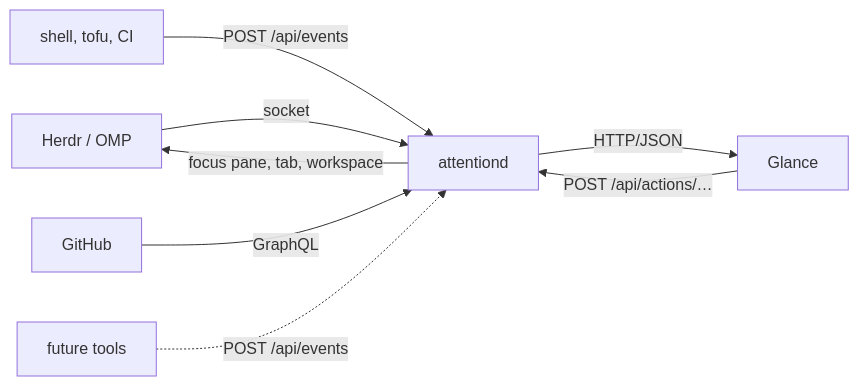
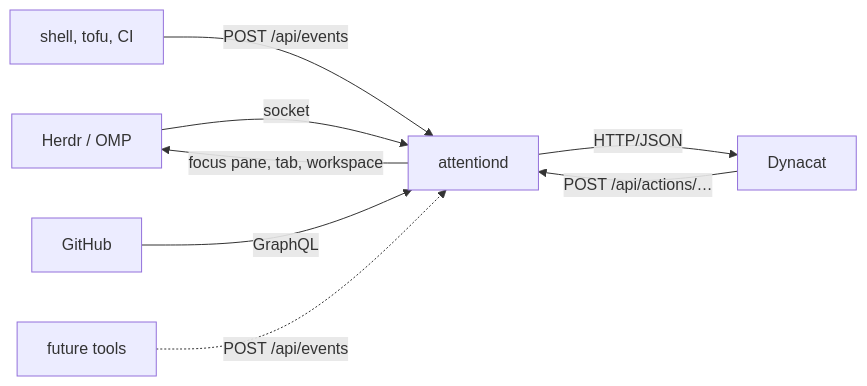
Before and after one commit to mach4-braai/attentiond: the diagram in README.md, drawn with Mermaid. The commit also changed other lines of this file and 16 other files, not shown here.

````diff
--- a/README.md
+++ b/README.md
@@ -7,12 +7,12 @@
 ```mermaid
 flowchart LR
     herdr["Herdr / OMP"] -- "socket" --> attentiond
     shell["shell, tofu, CI"] -- "POST /api/events" --> attentiond
     github["GitHub"] -- "GraphQL" --> attentiond
     future["future tools"] -. "POST /api/events" .-> attentiond
 
-    attentiond["attentiond"] -- "HTTP/JSON" --> glance["Glance"]
-    glance -- "POST /api/actions/…" --> attentiond
+    attentiond["attentiond"] -- "HTTP/JSON" --> dynacat["Dynacat"]
+    dynacat -- "POST /api/actions/…" --> attentiond
 
     attentiond -- "focus pane, tab, workspace" --> herdr
 ```
````
